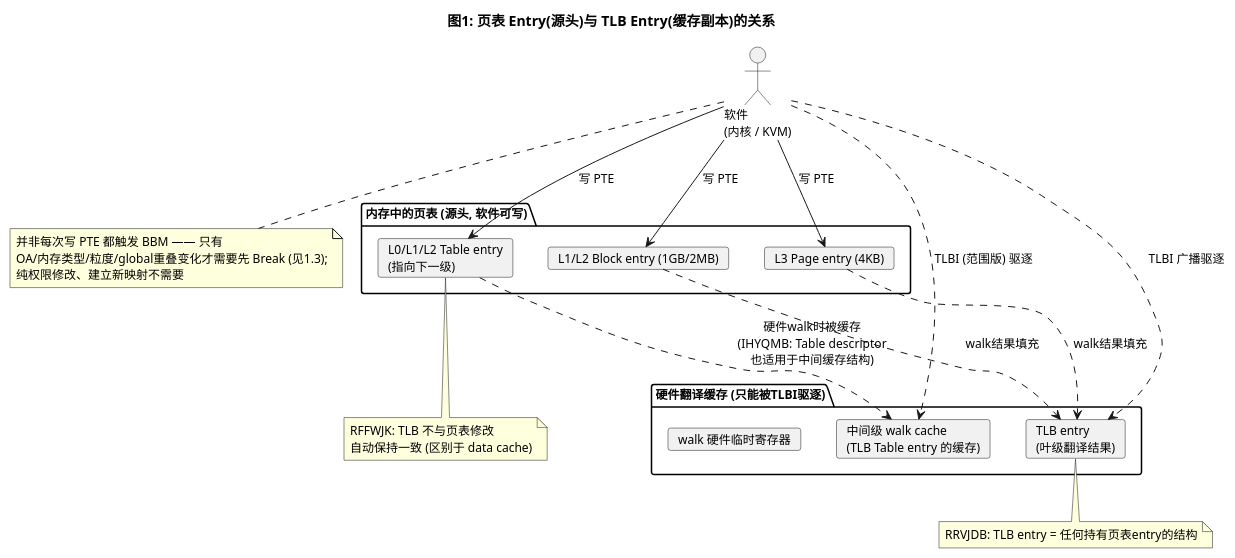
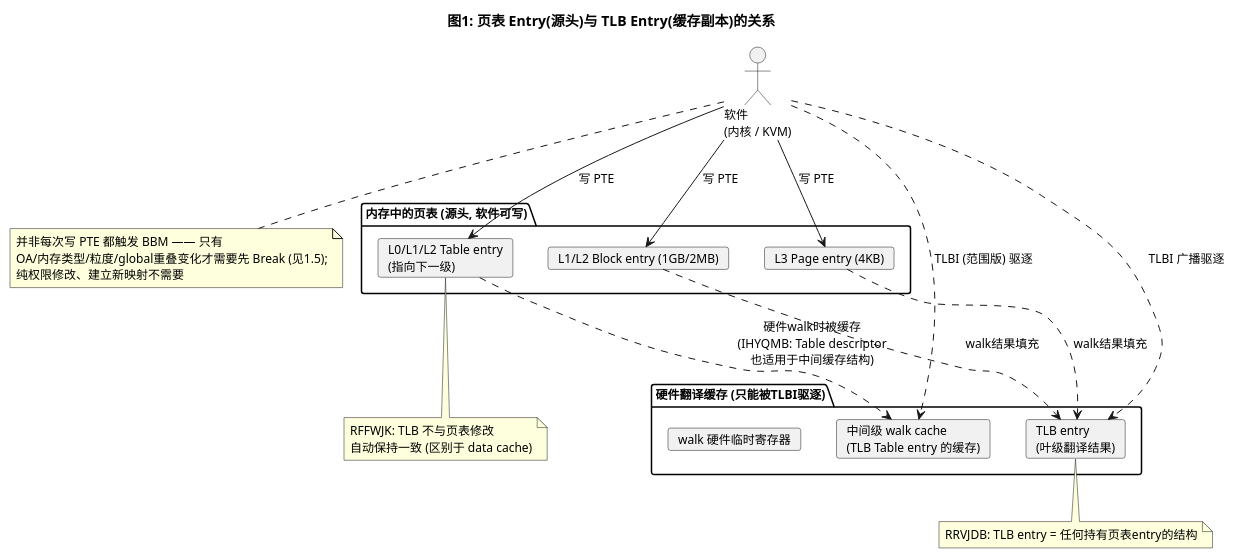
Before and after one commit to AkiraZheng/AkiraZheng.github.io: the first of 12 diagrams in source/_posts/ARM64-BBML源码分析-BBML0-BBML3.md, drawn with PlantUML. The commit also changed other lines of this file and 10 other files, not shown here.

````diff
--- a/source/_posts/ARM64-BBML源码分析-BBML0-BBML3.md
+++ b/source/_posts/ARM64-BBML源码分析-BBML0-BBML3.md
@@ -61,34 +35,34 @@
 ```plantuml
 @startuml
 skinparam backgroundColor white
 skinparam defaultFontSize 12
 title 图1: 页表 Entry(源头)与 TLB Entry(缓存副本)的关系
 
 actor "软件\n(内核 / KVM)" as SW
 
 package "内存中的页表 (源头, 软件可写)" {
   card "L0/L1/L2 Table entry\n(指向下一级)" as T
   card "L1/L2 Block entry (1GB/2MB)" as B
   card "L3 Page entry (4KB)" as P
 }
 
 package "硬件翻译缓存 (只能被TLBI驱逐)" {
   card "TLB entry\n(叶级翻译结果)" as TLB
   card "中间级 walk cache\n(TLB Table entry 的缓存)" as WC
   card "walk 硬件临时寄存器" as TMP
 }
 
 SW --> T : 写 PTE
 SW --> B : 写 PTE
 SW --> P : 写 PTE
 T ..> WC : 硬件walk时被缓存\n(IHYQMB: Table descriptor\n也适用于中间缓存结构)
 B ..> TLB : walk结果填充
 P ..> TLB : walk结果填充
 SW ..> TLB : TLBI 广播驱逐
 SW ..> WC : TLBI (范围版) 驱逐
 
 note bottom of TLB : RRVJDB: TLB entry = 任何持有页表entry的结构
 note bottom of T : RFFWJK: TLB 不与页表修改\n自动保持一致 (区别于 data cache)
-note bottom of SW : 并非每次写 PTE 都触发 BBM —— 只有\nOA/内存类型/粒度/global重叠变化才需要先 Break (见1.3);\n纯权限修改、建立新映射不需要
+note bottom of SW : 并非每次写 PTE 都触发 BBM —— 只有\nOA/内存类型/粒度/global重叠变化才需要先 Break (见1.5);\n纯权限修改、建立新映射不需要
 @enduml
 ```
````
